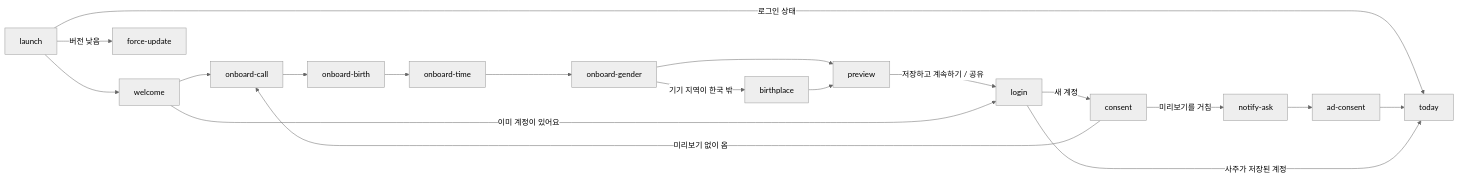
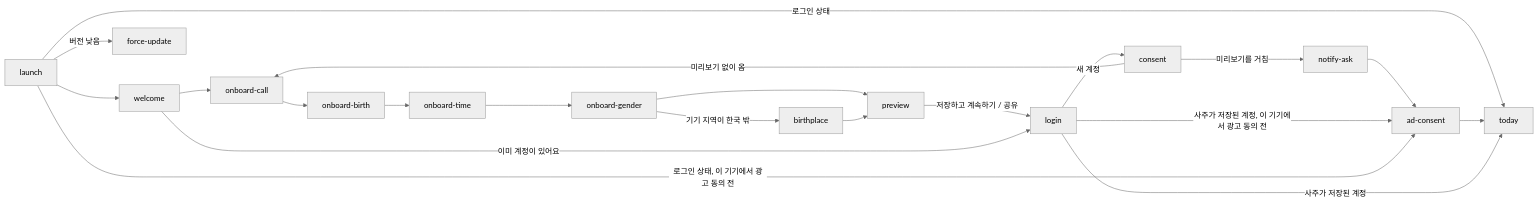
The first of 2 diagrams in docs/ia/README.md (june20516/myungli-diary), drawn with Mermaid (neutral theme) before and after one commit. The commit also changed 10 other files, not shown here.

````diff
--- a/docs/ia/README.md
+++ b/docs/ia/README.md
@@ -20,15 +20,17 @@
 ```mermaid
 flowchart LR
   launch --> welcome
   launch -->|로그인 상태| today
   launch -->|버전 낮음| force-update
   welcome --> onboard-call --> onboard-birth --> onboard-time --> onboard-gender
   onboard-gender --> preview
   onboard-gender -->|기기 지역이 한국 밖| birthplace --> preview
   preview -->|저장하고 계속하기 / 공유| login
   welcome -->|이미 계정이 있어요| login
   login -->|새 계정| consent
   consent -->|미리보기를 거침| notify-ask --> ad-consent --> today
   consent -->|미리보기 없이 옴| onboard-call
   login -->|사주가 저장된 계정| today
+  login -->|사주가 저장된 계정, 이 기기에서 광고 동의 전| ad-consent
+  launch -->|로그인 상태, 이 기기에서 광고 동의 전| ad-consent
 ```
````
